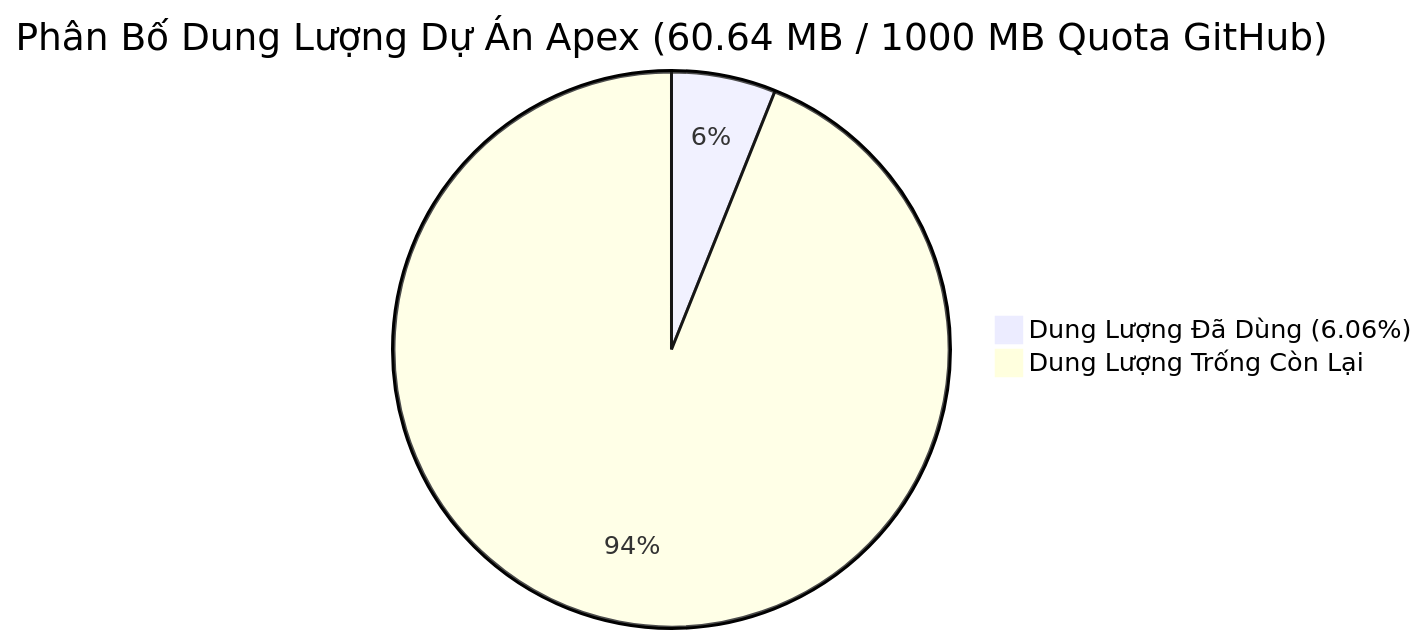
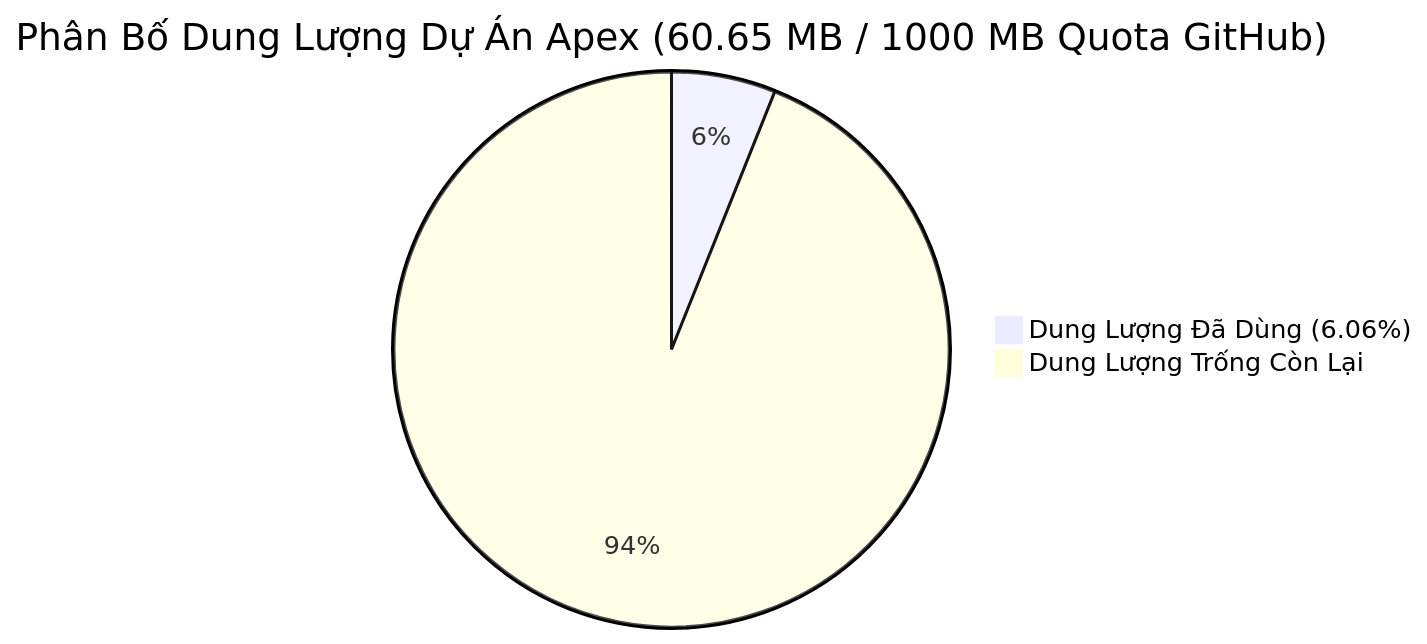
One commit to Thienphuoctran/apex-hedge-fund changed the diagram in 12_Institutional_Ombudsman_And_Inspectorate/daily_audits/2026-11-26_Infrastructure_Health_And_Capacity_Audit.md. Above: the diagram before and after it, drawn with Mermaid. The commit also changed other lines of this file and 18 other files, not shown here.

````diff
--- a/12_Institutional_Ombudsman_And_Inspectorate/daily_audits/2026-11-26_Infrastructure_Health_And_Capacity_Audit.md
+++ b/12_Institutional_Ombudsman_And_Inspectorate/daily_audits/2026-11-26_Infrastructure_Health_And_Capacity_Audit.md
@@ -15,5 +15,5 @@
 ```mermaid
-pie title Phân Bố Dung Lượng Dự Án Apex (60.64 MB / 1000 MB Quota GitHub)
-    "Dung Lượng Đã Dùng (6.06%)" : 60.64
-    "Dung Lượng Trống Còn Lại" : 939.36
+pie title Phân Bố Dung Lượng Dự Án Apex (60.65 MB / 1000 MB Quota GitHub)
+    "Dung Lượng Đã Dùng (6.06%)" : 60.65
+    "Dung Lượng Trống Còn Lại" : 939.35
 ```
````
